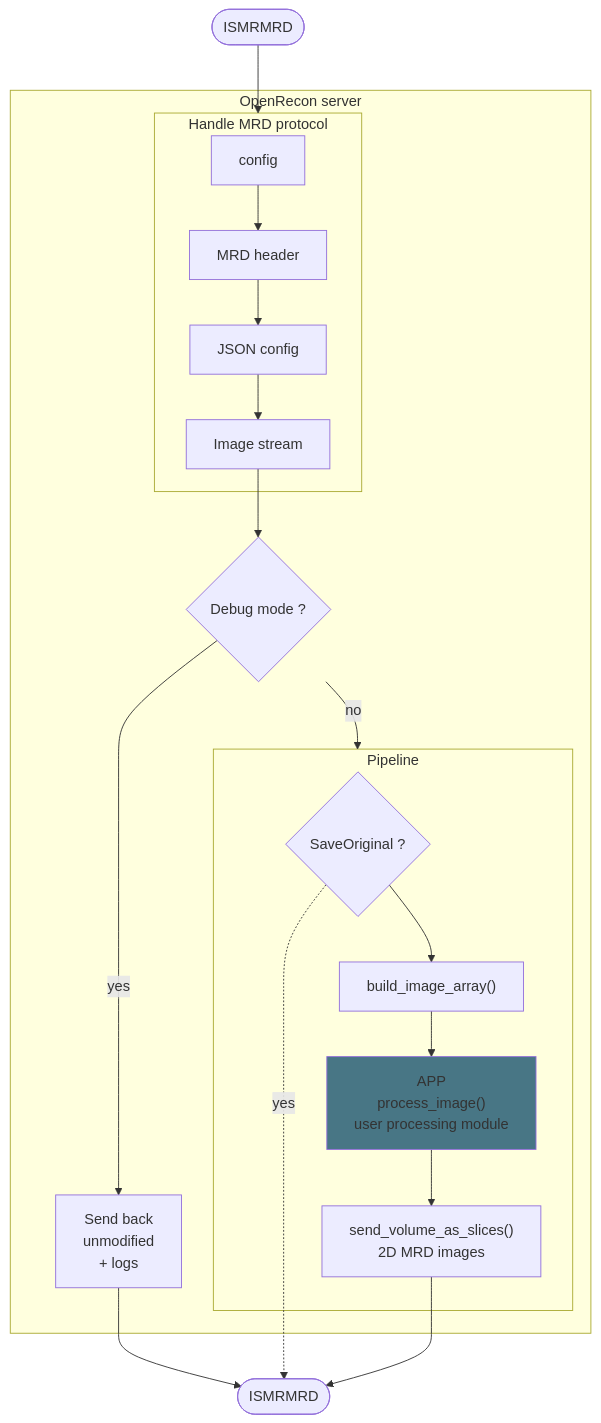
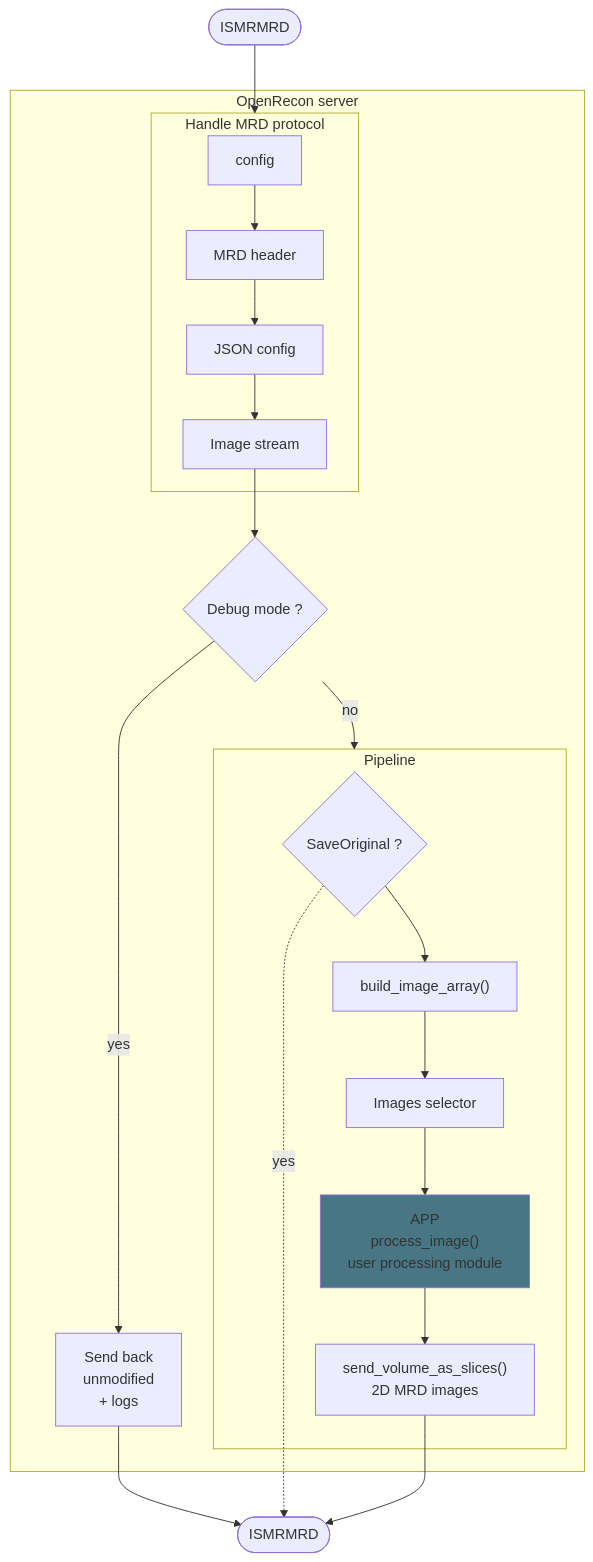
The first of 2 diagrams in README.md (benoitberanger/python-openrecon-server), drawn with Mermaid before and after one commit. The commit also changed other lines of this file and 6 other files, not shown here.

````diff
--- a/README.md
+++ b/README.md
@@ -30,37 +30,38 @@
 ```mermaid
 flowchart TB
     input([ISMRMRD]) --> handle
 
     subgraph server[OpenRecon server]
 
         subgraph handle["Handle MRD protocol"]
             config["config"]
             metadata["MRD header"]
             json["JSON config"]
             image_stream["Image stream"]
 
             config --> metadata --> json --> image_stream
         end
 
         image_stream --> debug{Debug mode ?}
 
         debug -->|yes| passthrough["Send back\nunmodified\n+ logs"]
 
         debug -->|no| pipeline
 
         subgraph pipeline["Pipeline"]
             save_orig{"SaveOriginal ?"}
             nd_array["build_image_array()"]
+            images_selector["Images selector"]
             app["APP\nprocess_image()\nuser processing module"]
             send_slices["send_volume_as_slices()\n2D MRD images"]
 
-            save_orig --> nd_array --> app:::test --> send_slices
+            save_orig --> nd_array --> images_selector --> app:::test --> send_slices
         end
 
     end
 
     passthrough --> output([ISMRMRD])
     save_orig -.->|yes| output
     send_slices --> output
     classDef test fill: #487685
 ```
````
